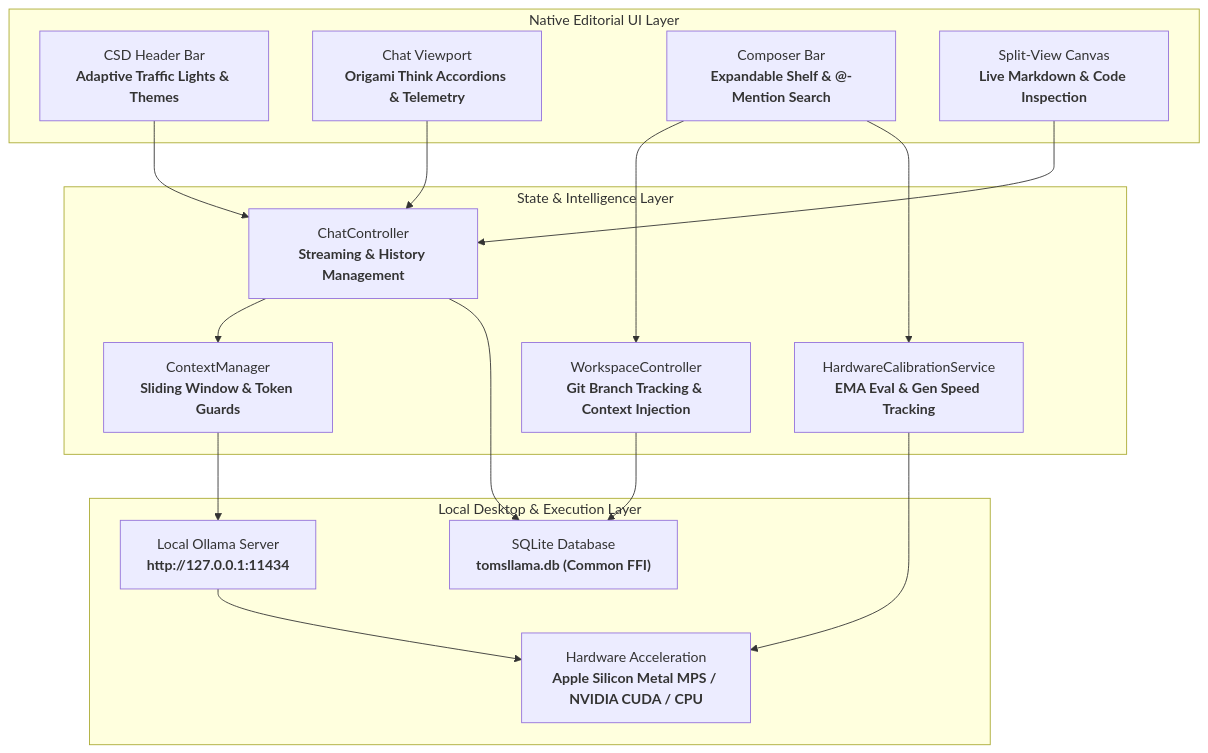
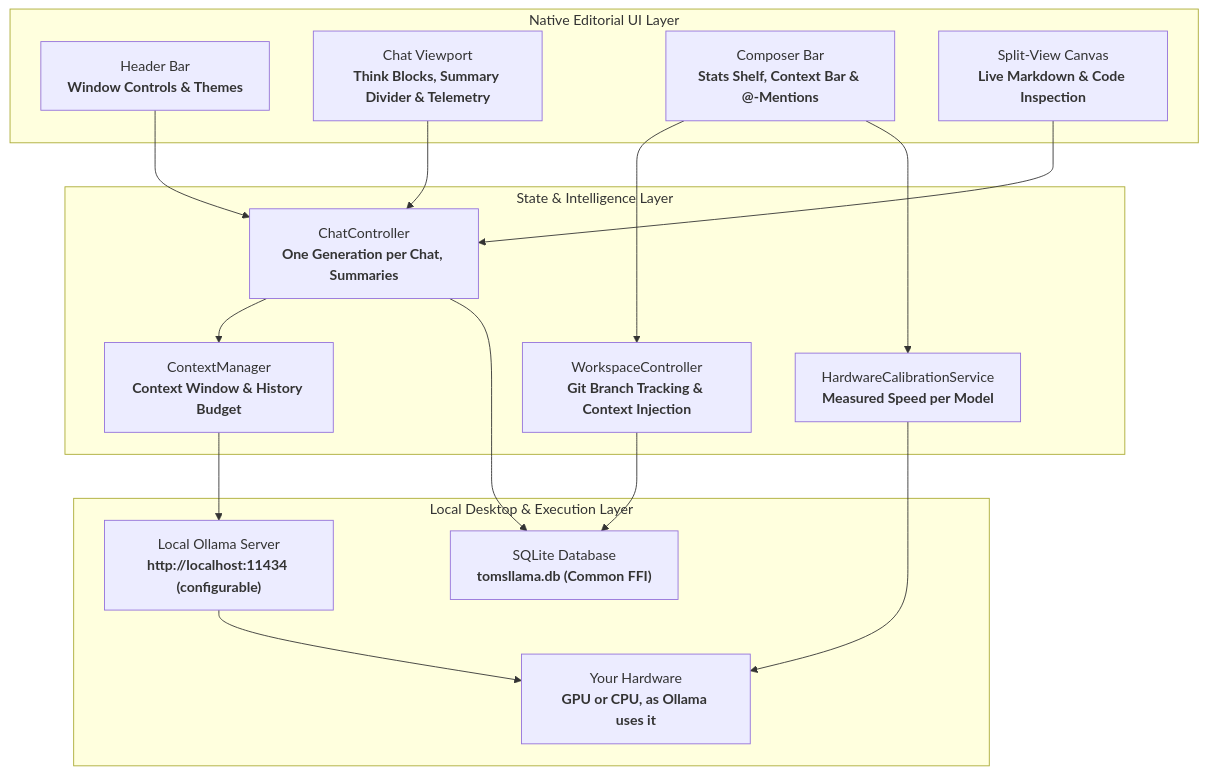
Before and after one commit to tomsliikee/tomsllama: the diagram in README.md, drawn with Mermaid. The commit also changed other lines of this file and 1 other file, not shown here.

````diff
--- a/README.md
+++ b/README.md
@@ -26,34 +26,34 @@
 ```mermaid
 flowchart TD
     subgraph UI ["Native Editorial UI Layer"]
-        CSD["CSD Header Bar<br/><b>Adaptive Traffic Lights & Themes</b>"]
-        Viewport["Chat Viewport<br/><b>Origami Think Accordions & Telemetry</b>"]
-        Composer["Composer Bar<br/><b>Expandable Shelf & @-Mention Search</b>"]
+        CSD["Header Bar<br/><b>Window Controls & Themes</b>"]
+        Viewport["Chat Viewport<br/><b>Think Blocks, Summary Divider & Telemetry</b>"]
+        Composer["Composer Bar<br/><b>Stats Shelf, Context Bar & @-Mentions</b>"]
         Canvas["Split-View Canvas<br/><b>Live Markdown & Code Inspection</b>"]
     end
 
     subgraph Controllers ["State & Intelligence Layer"]
-        ChatCtrl["ChatController<br/><b>Streaming & History Management</b>"]
+        ChatCtrl["ChatController<br/><b>One Generation per Chat, Summaries</b>"]
         WsCtrl["WorkspaceController<br/><b>Git Branch Tracking & Context Injection</b>"]
-        CalibServ["HardwareCalibrationService<br/><b>EMA Eval & Gen Speed Tracking</b>"]
-        CtxMgr["ContextManager<br/><b>Sliding Window & Token Guards</b>"]
+        CalibServ["HardwareCalibrationService<br/><b>Measured Speed per Model</b>"]
+        CtxMgr["ContextManager<br/><b>Context Window & History Budget</b>"]
     end
 
     subgraph NativeCore ["Local Desktop & Execution Layer"]
-        OllamaDaemon["Local Ollama Server<br/><b>http://127.0.0.1:11434</b>"]
+        OllamaDaemon["Local Ollama Server<br/><b>http://localhost:11434 (configurable)</b>"]
         SQLite["SQLite Database<br/><b>tomsllama.db (Common FFI)</b>"]
-        Hardware["Hardware Acceleration<br/><b>Apple Silicon Metal MPS / NVIDIA CUDA / CPU</b>"]
+        Hardware["Your Hardware<br/><b>GPU or CPU, as Ollama uses it</b>"]
     end
 
     CSD --> ChatCtrl
     Viewport --> ChatCtrl
     Composer --> WsCtrl
     Composer --> CalibServ
     Canvas --> ChatCtrl
     ChatCtrl --> CtxMgr
     CtxMgr --> OllamaDaemon
     ChatCtrl --> SQLite
     WsCtrl --> SQLite
     CalibServ --> Hardware
     OllamaDaemon --> Hardware
 ```
````
